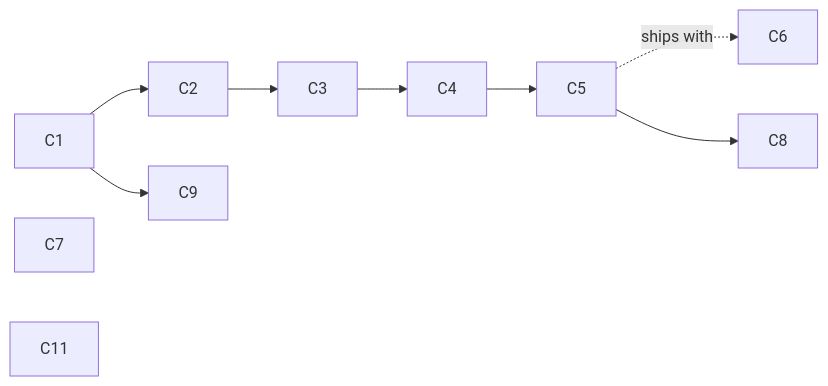
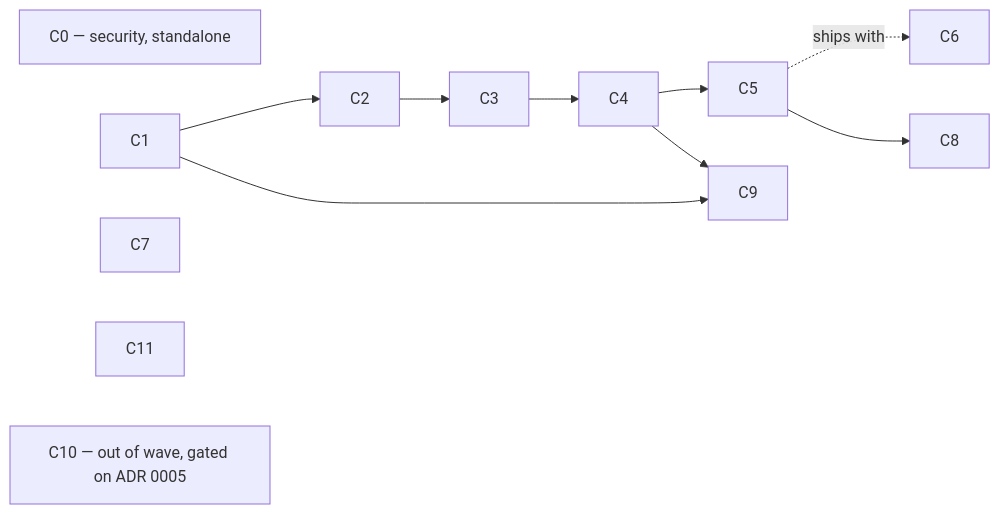
The second of 2 diagrams in docs/engineering/coordination-v2.md (alotth/mapctx), drawn with Mermaid before and after one commit. The commit also changed other lines of this file, not shown here.

````diff
--- a/docs/engineering/coordination-v2.md
+++ b/docs/engineering/coordination-v2.md
@@ -509,12 +750,15 @@
 ```mermaid
 flowchart LR
+  C0["C0 — security, standalone"]
   C1 --> C2
-  C1 --> C9
   C2 --> C3
   C3 --> C4
   C4 --> C5
+  C4 --> C9
+  C1 --> C9
   C5 -. ships with .-> C6
   C5 --> C8
   C7
   C11
+  C10["C10 — out of wave, gated on ADR 0005"]
 ```
````
